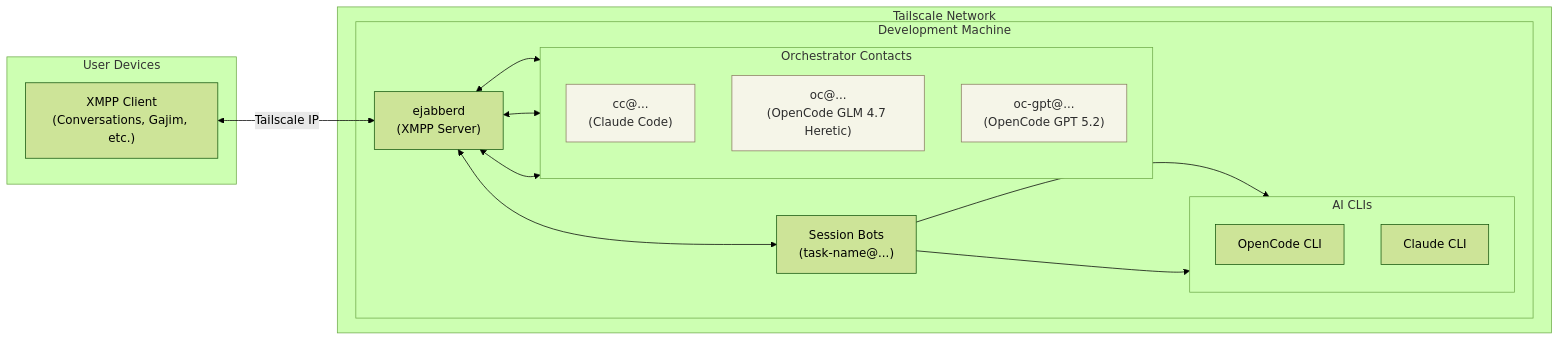
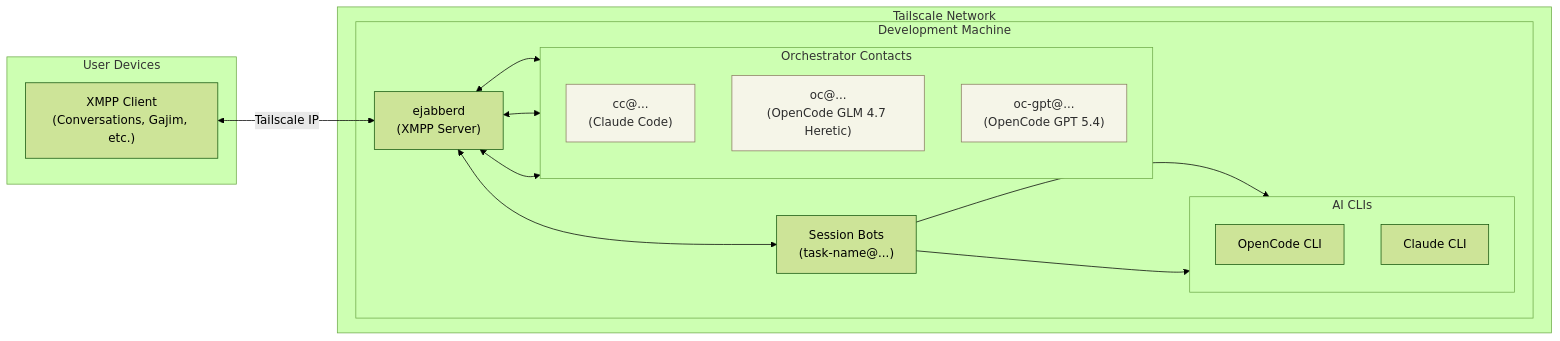
Before and after one commit to deliciousowl/switch-1: the diagram in README.md, drawn with Mermaid (forest theme). The commit also changed other lines of this file and 10 other files, not shown here.

````diff
--- a/README.md
+++ b/README.md
@@ -42,38 +42,38 @@
 ```mermaid
 flowchart LR
     subgraph User["User Devices"]
         Client["XMPP Client<br/>(Conversations, Gajim, etc.)"]
     end
 
     subgraph Tailnet["Tailscale Network"]
         subgraph DevBox["Development Machine"]
             XMPP["ejabberd<br/>(XMPP Server)"]
 
             subgraph Orchestrators["Orchestrator Contacts"]
                 direction TB
                 CC["cc@...<br/>(Claude Code)"]
                 OC["oc@...<br/>(OpenCode GLM 4.7 Heretic)"]
-                OCGPT["oc-gpt@...<br/>(OpenCode GPT 5.2)"]
+                OCGPT["oc-gpt@...<br/>(OpenCode GPT 5.4)"]
             end
 
             Sessions["Session Bots<br/>(task-name@...)"]
 
             subgraph Engines["AI CLIs"]
                 direction TB
                 OpenCode["OpenCode CLI"]
                 Claude["Claude CLI"]
             end
         end
     end
 
     Client <-->|"Tailscale IP"| XMPP
     XMPP <--> CC
     XMPP <--> OC
     XMPP <--> OCGPT
     XMPP <--> Sessions
     Sessions --> OpenCode
     Sessions --> Claude
 
     classDef orchestrator fill:#f5f5e8,stroke:#8a7d60,color:#2c2c2c;
     class CC,OC,OCGPT orchestrator;
 ```
````
